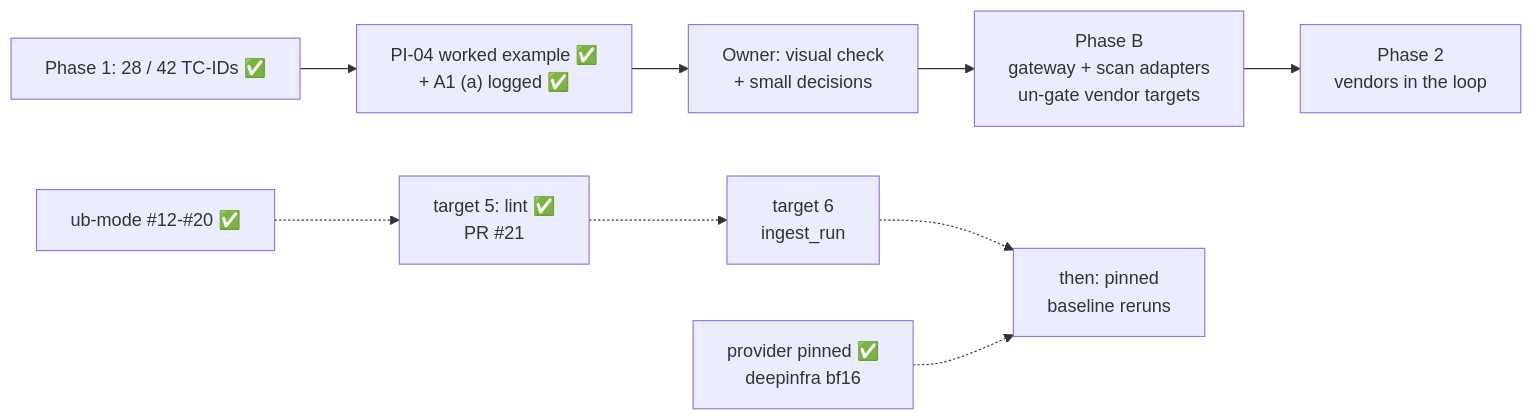
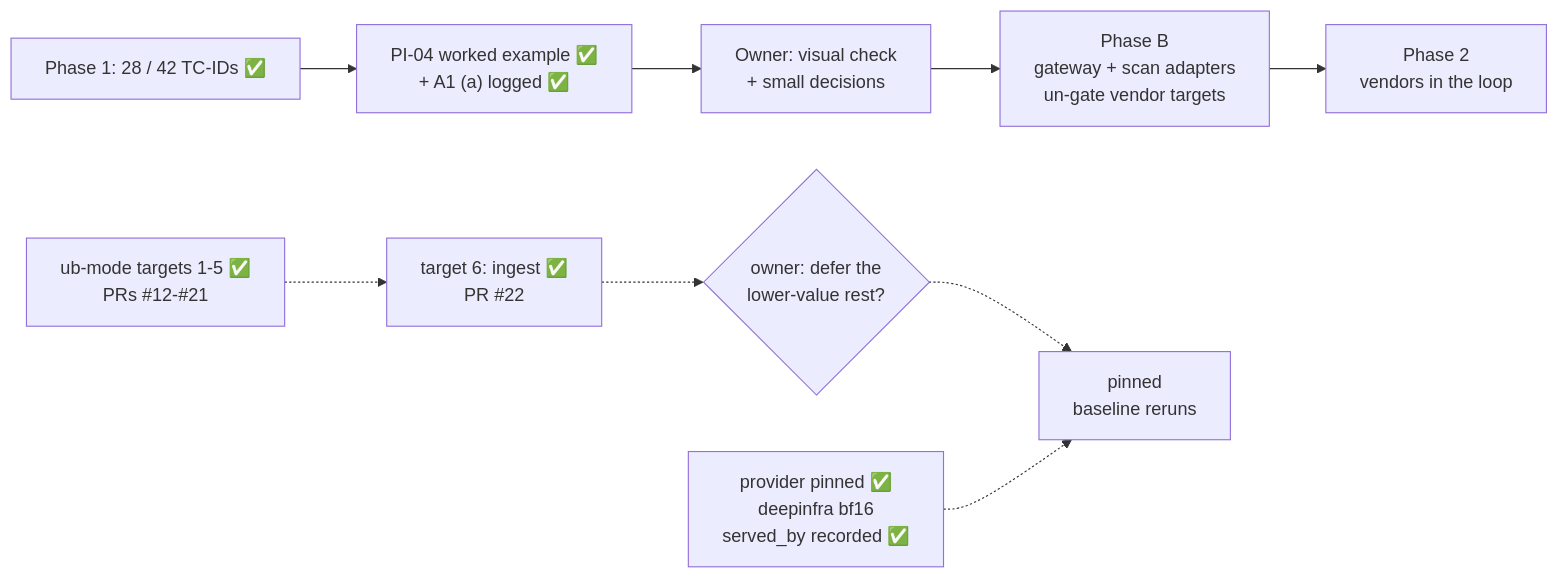
One commit to hackershmave1/guardrail-eval changed the diagram in STATUS.md. Above: the diagram before and after it, drawn with Mermaid. The commit also changed other lines of this file, not shown here.

First line of the commit message:
Status: targets 1-6 done (PR #22 open); the owner's call before reruns

````diff
--- a/STATUS.md
+++ b/STATUS.md
@@ -8,11 +8,11 @@
 ```mermaid
 flowchart LR
     A["Phase 1: 28 / 42 TC-IDs ✅"] --> W["PI-04 worked example ✅<br/>+ A1 (a) logged ✅"]
     W --> C["Owner: visual check<br/>+ small decisions"]
     C --> D["Phase B<br/>gateway + scan adapters<br/>un-gate vendor targets"]
     D --> E["Phase 2<br/>vendors in the loop"]
-    U["ub-mode #12-#20 ✅"] -.-> L["target 5: lint ✅<br/>PR #21"]
-    L -.-> N["target 6<br/>ingest_run"]
-    N -.-> B["then: pinned<br/>baseline reruns"]
-    P["provider pinned ✅<br/>deepinfra bf16"] -.-> B
+    U["ub-mode targets 1-5 ✅<br/>PRs #12-#21"] -.-> I["target 6: ingest ✅<br/>PR #22"]
+    I -.-> Q{"owner: defer the<br/>lower-value rest?"}
+    Q -.-> B["pinned<br/>baseline reruns"]
+    P["provider pinned ✅<br/>deepinfra bf16<br/>served_by recorded ✅"] -.-> B
 ```
````
